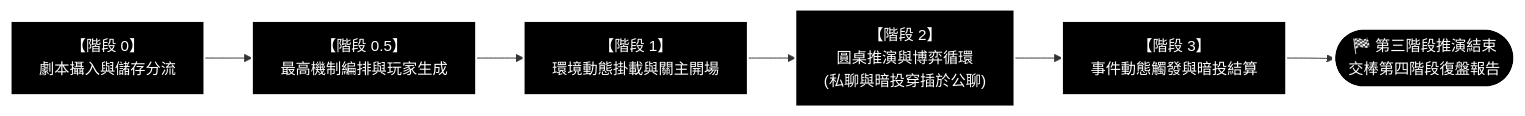
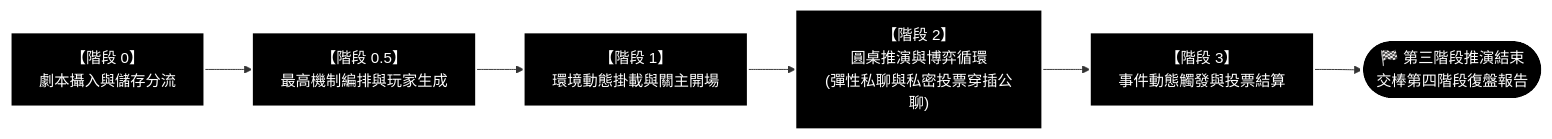
The first of 7 diagrams in docs/WORKFLOW_FLOWCHART.md (yin1120/MiroFish-1), drawn with Mermaid before and after one commit. The commit also changed other lines of this file and 2 other files, not shown here.

````diff
--- a/docs/WORKFLOW_FLOWCHART.md
+++ b/docs/WORKFLOW_FLOWCHART.md
@@ -21,29 +21,29 @@
 ```mermaid
 %%{init: {
   'theme': 'base',
   'themeVariables': {
     'background': '#000000',
     'primaryColor': '#000000',
     'primaryTextColor': '#ffffff',
     'primaryBorderColor': '#ffffff',
     'lineColor': '#ffffff',
     'secondaryColor': '#000000',
     'tertiaryColor': '#000000',
     'fontSize': '22px',
     'fontFamily': '"Fira Code", consolas, "Microsoft JhengHei", "Noto Sans TC", sans-serif'
   }
 }}%%
 flowchart LR
     P0["【階段 0】<br/>劇本攝入與儲存分流"] --> P0_5["【階段 0.5】<br/>最高機制編排與玩家生成"]
     P0_5 --> P1["【階段 1】<br/>環境動態掛載與關主開場"]
-    P1 --> P2["【階段 2】<br/>圓桌推演與博弈循環<br/>(私聊與暗投穿插於公聊)"]
-    P2 --> P3["【階段 3】<br/>事件動態觸發與暗投結算"]
+    P1 --> P2["【階段 2】<br/>圓桌推演與博弈循環<br/>(彈性私聊與私密投票穿插公聊)"]
+    P2 --> P3["【階段 3】<br/>事件動態觸發與投票結算"]
     P3 --> Finish(["🏁 第三階段推演結束<br/>交棒第四階段復盤報告"])
 
     style P0 fill:#000000,stroke:#ffffff,stroke-width:2px,color:#ffffff
     style P0_5 fill:#000000,stroke:#ffffff,stroke-width:2px,color:#ffffff
     style P1 fill:#000000,stroke:#ffffff,stroke-width:2px,color:#ffffff
     style P2 fill:#000000,stroke:#ffffff,stroke-width:2px,color:#ffffff
     style P3 fill:#000000,stroke:#ffffff,stroke-width:2px,color:#ffffff
     style Finish fill:#000000,stroke:#ffffff,stroke-width:3px,color:#ffffff
 ```
````
